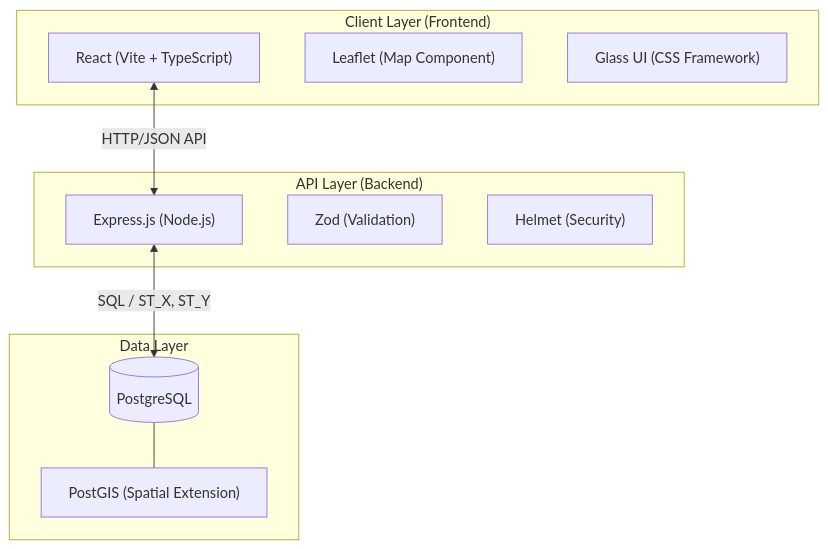
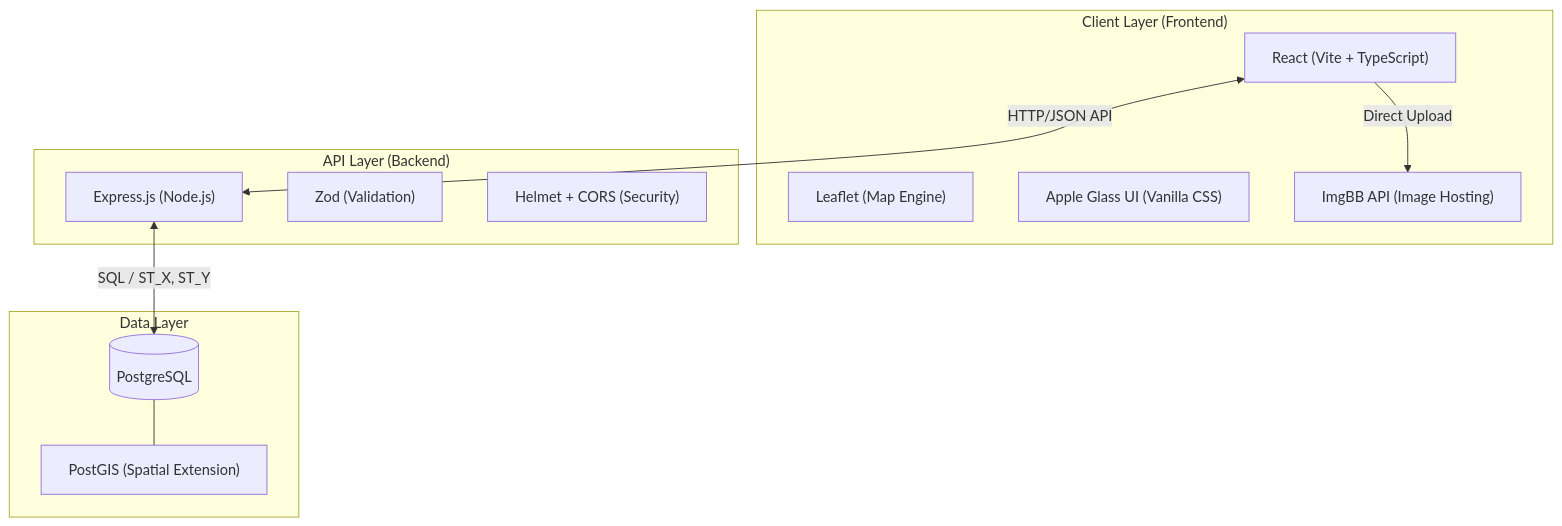
One commit to taughtbyyeezy/InfraFlux changed the first of 3 diagrams in system_design.md. Above: the diagram before and after it, drawn with Mermaid. The commit also changed other lines of this file and 6 other files, not shown here.

````diff
--- a/system_design.md
+++ b/system_design.md
@@ -9,23 +9,25 @@
 ```mermaid
 graph TD
     subgraph "Client Layer (Frontend)"
         A["React (Vite + TypeScript)"]
-        B["Leaflet (Map Component)"]
-        C["Glass UI (CSS Framework)"]
+        B["Leaflet (Map Engine)"]
+        C["Apple Glass UI (Vanilla CSS)"]
+        D["ImgBB API (Image Hosting)"]
     end
 
     subgraph "API Layer (Backend)"
-        D["Express.js (Node.js)"]
-        E["Zod (Validation)"]
-        F["Helmet (Security)"]
+        E["Express.js (Node.js)"]
+        F["Zod (Validation)"]
+        G["Helmet + CORS (Security)"]
     end
 
     subgraph "Data Layer"
-        G[("PostgreSQL")]
-        H["PostGIS (Spatial Extension)"]
+        H[("PostgreSQL")]
+        I["PostGIS (Spatial Extension)"]
     end
 
-    A <-->|HTTP/JSON API| D
-    D <-->|SQL / ST_X, ST_Y| G
-    G --- H
+    A <-->|HTTP/JSON API| E
+    E <-->|SQL / ST_X, ST_Y| H
+    H --- I
+    A -->|Direct Upload| D
 ```
````
